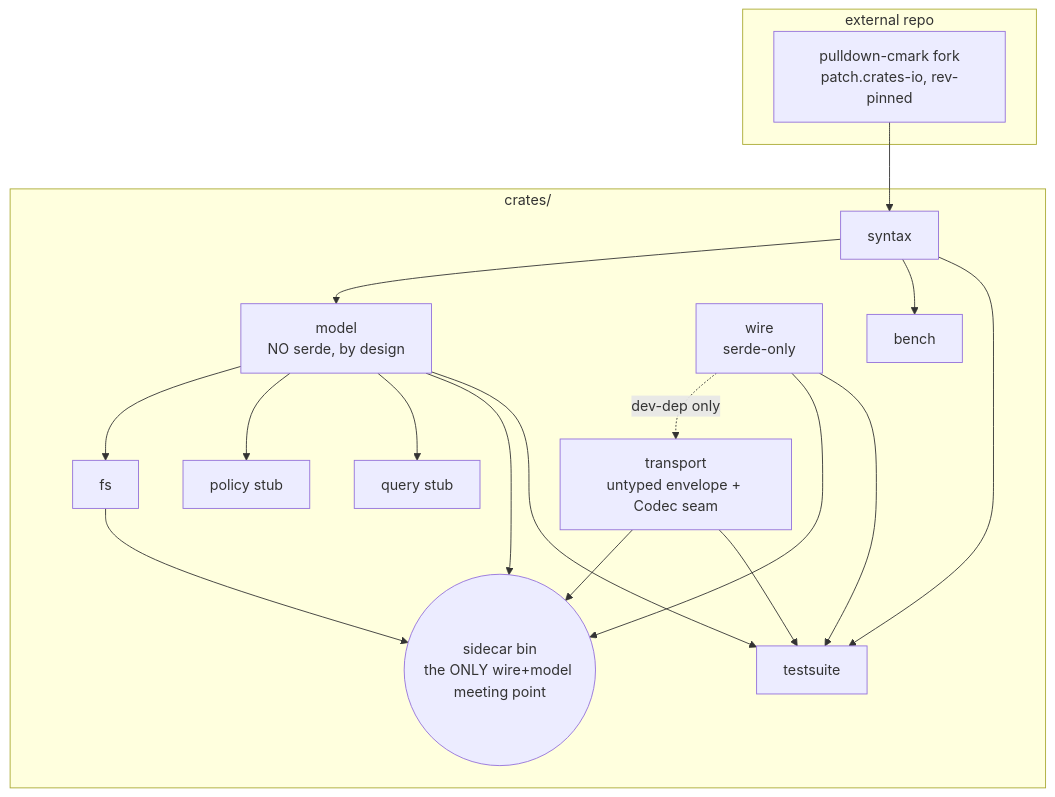
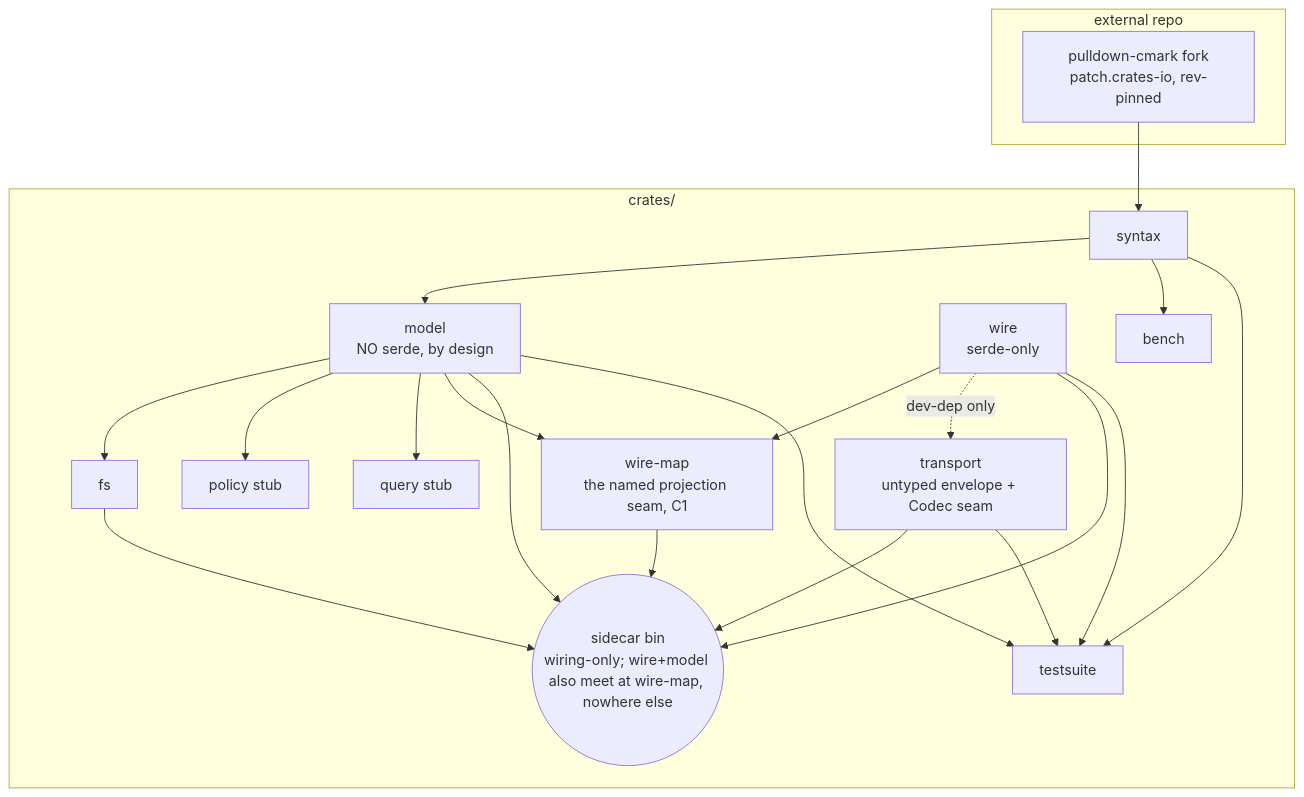
The diagram in README.md (caoer/meridian-rs), drawn with Mermaid before and after one commit. The commit also changed other lines of this file and 7 other files, not shown here.

First line of the commit message:
fold-in: C1 wire-map seam + post-freeze wire re-verify + review outcomes

````diff
--- a/README.md
+++ b/README.md
@@ -49,30 +58,34 @@
 ```mermaid
 graph TD
     subgraph external repo
         PD[pulldown-cmark fork<br/>patch.crates-io, rev-pinned]
     end
     subgraph crates/
         SYN[syntax]
         MOD[model<br/>NO serde, by design]
         FS[fs]
         WIRE[wire<br/>serde-only]
+        WMAP[wire-map<br/>the named projection seam, C1]
         TR[transport<br/>untyped envelope + Codec seam]
         POL[policy stub]
         QRY[query stub]
-        SC((sidecar bin<br/>the ONLY wire+model meeting point))
+        SC((sidecar bin<br/>wiring-only; wire+model also meet at wire-map, nowhere else))
         TS[testsuite]
         BM[bench]
     end
     PD --> SYN
     SYN --> MOD
     MOD --> FS
     MOD --> POL
     MOD --> QRY
+    MOD --> WMAP
+    WIRE --> WMAP
     WIRE -. dev-dep only .-> TR
     TR --> SC
     MOD --> SC
     FS --> SC
     WIRE --> SC
+    WMAP --> SC
     SYN --> BM
     SYN & MOD & WIRE & TR --> TS
 ```
````
